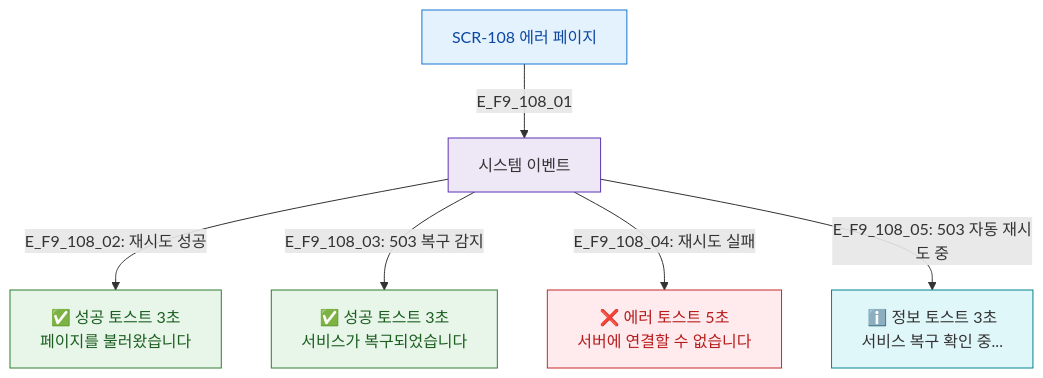
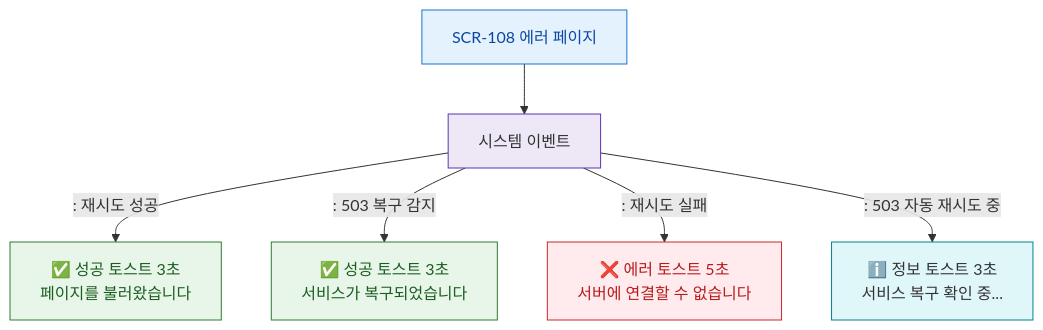
The diagram in docs/다이어그램/D01_공통/SCR-108_에러페이지/F9_토스트.md (dev-spogym/admin-pando), drawn with Mermaid before and after one commit. The commit also changed other lines of this file and 1660 other files, not shown here.

First line of the commit message:
다이어그램: 기획자/클라이언트 납품본으로 정리

````diff
--- a/docs/다이어그램/D01_공통/SCR-108_에러페이지/F9_토스트.md
+++ b/docs/다이어그램/D01_공통/SCR-108_에러페이지/F9_토스트.md
@@ -19,22 +17,22 @@
 ```mermaid
 flowchart TD
-    SCR_108[SCR-108 에러 페이지] -->|E_F9_108_01| ACTIONS[시스템 이벤트]
+    SCR_108[SCR-108 에러 페이지] --> ACTIONS[시스템 이벤트]
 
-    ACTIONS -->|"E_F9_108_02: 재시도 성공"| T_SUCCESS_1[✅ 성공 토스트 3초\n페이지를 불러왔습니다]
-    ACTIONS -->|"E_F9_108_03: 503 복구 감지"| T_SUCCESS_2[✅ 성공 토스트 3초\n서비스가 복구되었습니다]
+    ACTIONS -->|": 재시도 성공"|T_SUCCESS_1[✅ 성공 토스트 3초\n페이지를 불러왔습니다]
+    ACTIONS -->|": 503 복구 감지"|T_SUCCESS_2[✅ 성공 토스트 3초\n서비스가 복구되었습니다]
 
-    ACTIONS -->|"E_F9_108_04: 재시도 실패"| T_ERR_1[❌ 에러 토스트 5초\n서버에 연결할 수 없습니다]
+    ACTIONS -->|": 재시도 실패"|T_ERR_1[❌ 에러 토스트 5초\n서버에 연결할 수 없습니다]
 
-    ACTIONS -->|"E_F9_108_05: 503 자동 재시도 중"| T_INFO_1[ℹ️ 정보 토스트 3초\n서비스 복구 확인 중...]
+    ACTIONS -->|": 503 자동 재시도 중"|T_INFO_1[ℹ️ 정보 토스트 3초\n서비스 복구 확인 중...]
 
     classDef success fill:#E8F5E9,stroke:#2E7D32,color:#1B5E20
-    classDef error   fill:#FFEBEE,stroke:#C62828,color:#B71C1C
-    classDef info    fill:#E0F7FA,stroke:#00838F
-    classDef screen  fill:#E3F2FD,stroke:#1976D2,color:#0D47A1
-    classDef system  fill:#EDE7F6,stroke:#5E35B2
+    classDef error fill:#FFEBEE,stroke:#C62828,color:#B71C1C
+    classDef info fill:#E0F7FA,stroke:#00838F
+    classDef screen fill:#E3F2FD,stroke:#1976D2,color:#0D47A1
+    classDef system fill:#EDE7F6,stroke:#5E35B2
     class T_SUCCESS_1,T_SUCCESS_2 success
     class T_ERR_1 error
     class T_INFO_1 info
     class SCR_108 screen
     class ACTIONS system
 ```
````
